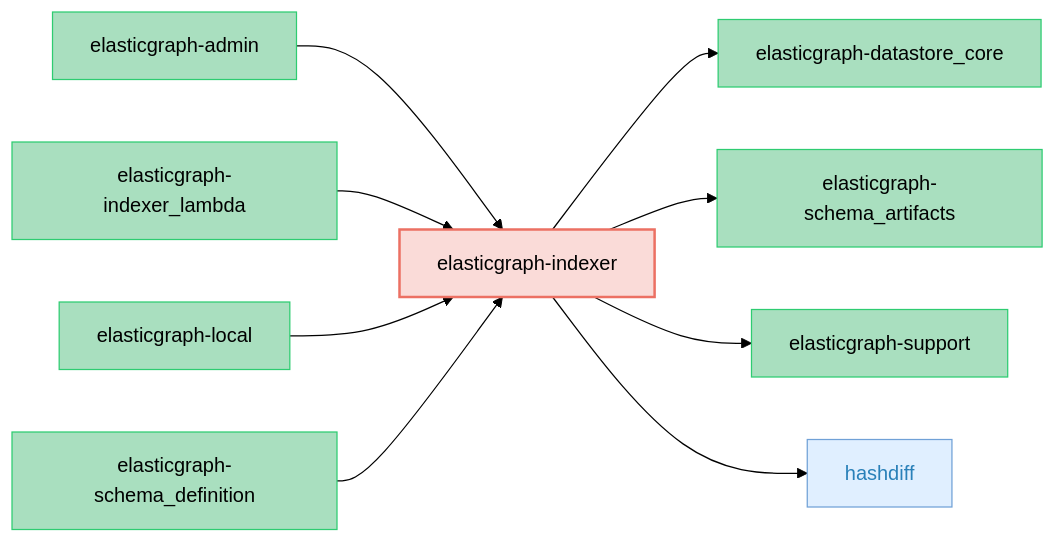
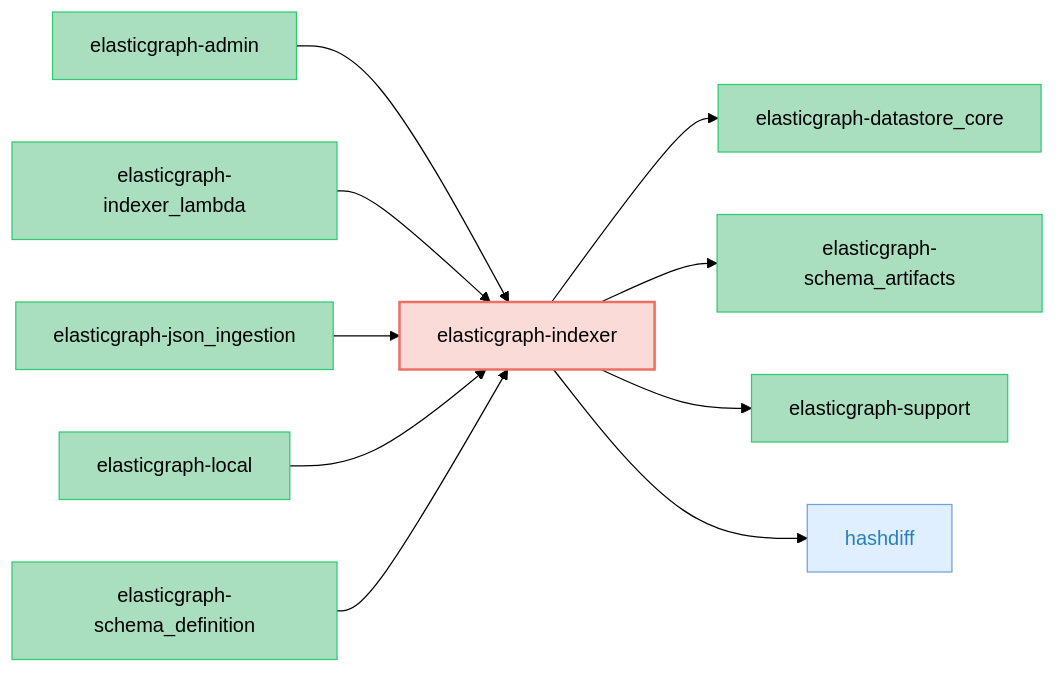
One commit to block/elasticgraph changed the diagram in elasticgraph-indexer/README.md. Above: the diagram before and after it, drawn with Mermaid (forest theme). The commit also changed 53 other files, not shown here.

First line of the commit message:
Move JSON ingestion into elasticgraph-json_ingestion via an indexer extension (#1302)

````diff
--- a/elasticgraph-indexer/README.md
+++ b/elasticgraph-indexer/README.md
@@ -7,33 +7,36 @@
 ```mermaid
 graph LR;
     classDef targetGemStyle fill:#FADBD8,stroke:#EC7063,color:#000,stroke-width:2px;
     classDef otherEgGemStyle fill:#A9DFBF,stroke:#2ECC71,color:#000;
     classDef externalGemStyle fill:#E0EFFF,stroke:#70A1D7,color:#2980B9;
     elasticgraph-indexer["elasticgraph-indexer"];
     class elasticgraph-indexer targetGemStyle;
     elasticgraph-datastore_core["elasticgraph-datastore_core"];
     elasticgraph-indexer --> elasticgraph-datastore_core;
     class elasticgraph-datastore_core otherEgGemStyle;
     elasticgraph-schema_artifacts["elasticgraph-schema_artifacts"];
     elasticgraph-indexer --> elasticgraph-schema_artifacts;
     class elasticgraph-schema_artifacts otherEgGemStyle;
     elasticgraph-support["elasticgraph-support"];
     elasticgraph-indexer --> elasticgraph-support;
     class elasticgraph-support otherEgGemStyle;
     hashdiff["hashdiff"];
     elasticgraph-indexer --> hashdiff;
     class hashdiff externalGemStyle;
     elasticgraph-admin["elasticgraph-admin"];
     elasticgraph-admin --> elasticgraph-indexer;
     class elasticgraph-admin otherEgGemStyle;
     elasticgraph-indexer_lambda["elasticgraph-indexer_lambda"];
     elasticgraph-indexer_lambda --> elasticgraph-indexer;
     class elasticgraph-indexer_lambda otherEgGemStyle;
+    elasticgraph-json_ingestion["elasticgraph-json_ingestion"];
+    elasticgraph-json_ingestion --> elasticgraph-indexer;
+    class elasticgraph-json_ingestion otherEgGemStyle;
     elasticgraph-local["elasticgraph-local"];
     elasticgraph-local --> elasticgraph-indexer;
     class elasticgraph-local otherEgGemStyle;
     elasticgraph-schema_definition["elasticgraph-schema_definition"];
     elasticgraph-schema_definition --> elasticgraph-indexer;
     class elasticgraph-schema_definition otherEgGemStyle;
     click hashdiff href "https://rubygems.org/gems/hashdiff" "Open on RubyGems.org" _blank;
 ```
````
